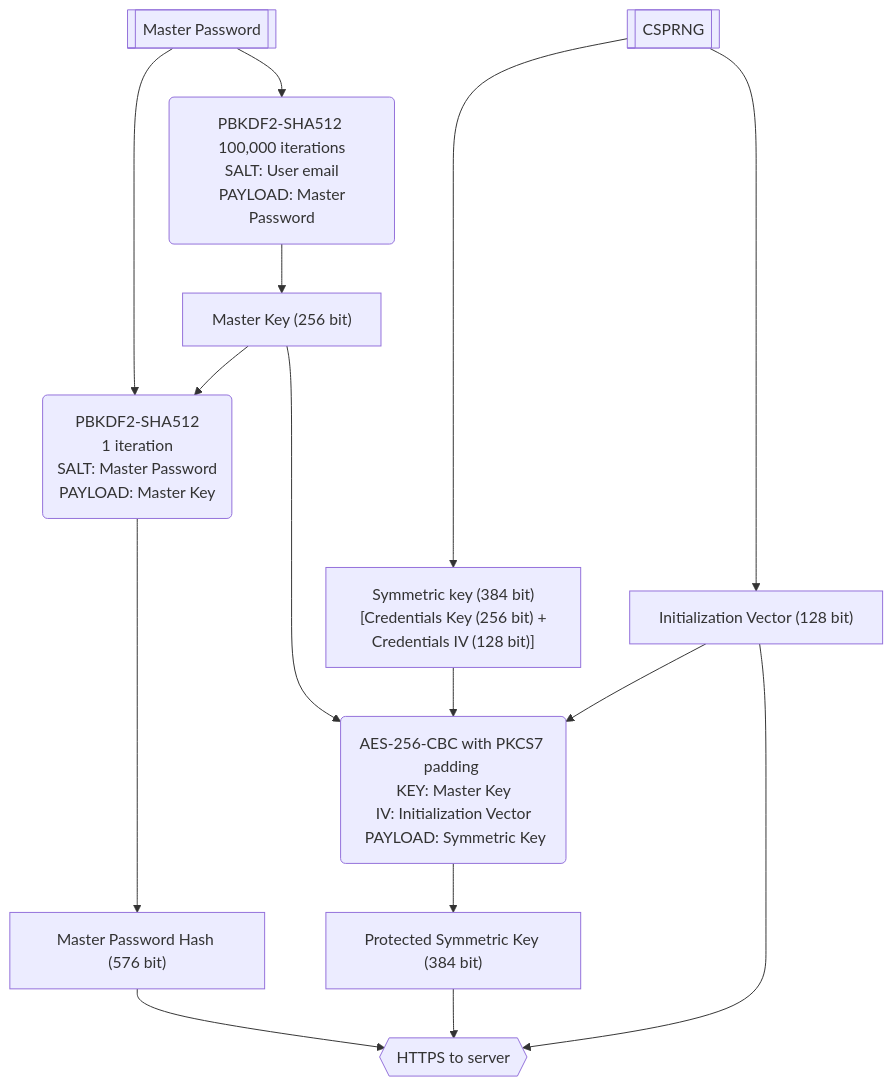
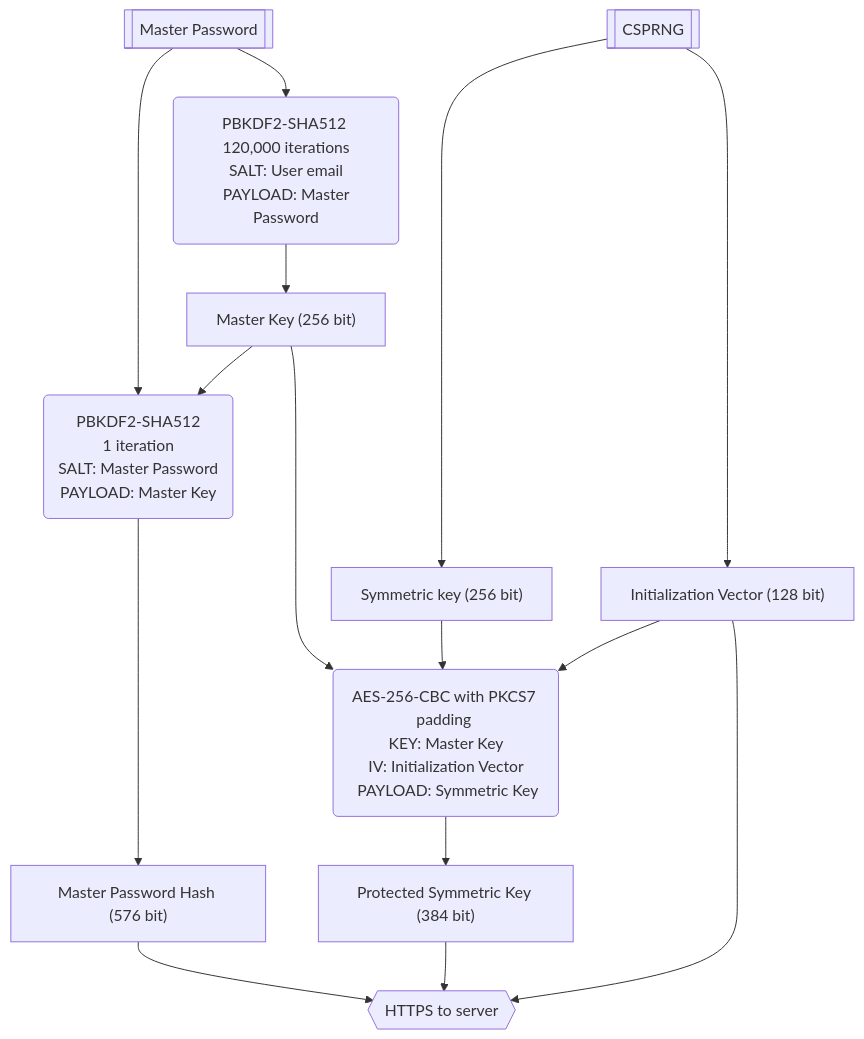
Before and after one commit to lukaarma/pwm_backend: the first of 3 diagrams in specifications/Security Whitepaper.md, drawn with Mermaid. The commit also changed other lines of this file and 1 other file, not shown here.

````diff
--- a/specifications/Security Whitepaper.md
+++ b/specifications/Security Whitepaper.md
@@ -28,31 +31,31 @@
 ```mermaid
 flowchart
     MASTER_PASSWORD[["Master Password"]]
     MASTER_PASSWORD_HASH["Master Password Hash (576 bit)"]
     MASTER_KEY["Master Key (256 bit)"]
-    SYMMETRIC_KEY["Symmetric key (384 bit)<br> [Credentials Key (256 bit) + Credentials IV (128 bit)]"]
+    SYMMETRIC_KEY["Symmetric key (256 bit)"]
     IV["Initialization Vector (128 bit)"]
     PROTECTED_SYMMETRIC_KEY["Protected Symmetric Key (384 bit)"]
 
     CSPRNG[[CSPRNG]]
-    PBKDF2_SHA512_KEY(PBKDF2-SHA512 <br> 100,000 iterations <br> SALT: User email <br> PAYLOAD: Master Password)
+    PBKDF2_SHA512_KEY(PBKDF2-SHA512 <br> 120,000 iterations <br> SALT: User email <br> PAYLOAD: Master Password)
     PBKDF2_SHA512_HASH(PBKDF2-SHA512 <br> 1 iteration <br> SALT: Master Password <br> PAYLOAD: Master Key)
     AES_256_KEY(AES-256-CBC with PKCS7 padding <br> KEY: Master Key <br> IV: Initialization Vector <br> PAYLOAD: Symmetric Key)
     HTTPS_TO_SERVER{{HTTPS to server}}
 
 
     MASTER_PASSWORD --> PBKDF2_SHA512_HASH ----> MASTER_PASSWORD_HASH
 
     MASTER_PASSWORD -->  PBKDF2_SHA512_KEY --> MASTER_KEY
     MASTER_KEY --> AES_256_KEY
     MASTER_KEY --> PBKDF2_SHA512_HASH
 
     CSPRNG -----> SYMMETRIC_KEY --> AES_256_KEY
     CSPRNG -----> IV --> AES_256_KEY
 
     AES_256_KEY --> PROTECTED_SYMMETRIC_KEY
 
     MASTER_PASSWORD_HASH --> HTTPS_TO_SERVER
     PROTECTED_SYMMETRIC_KEY --> HTTPS_TO_SERVER
     IV --> HTTPS_TO_SERVER
 ```
````
